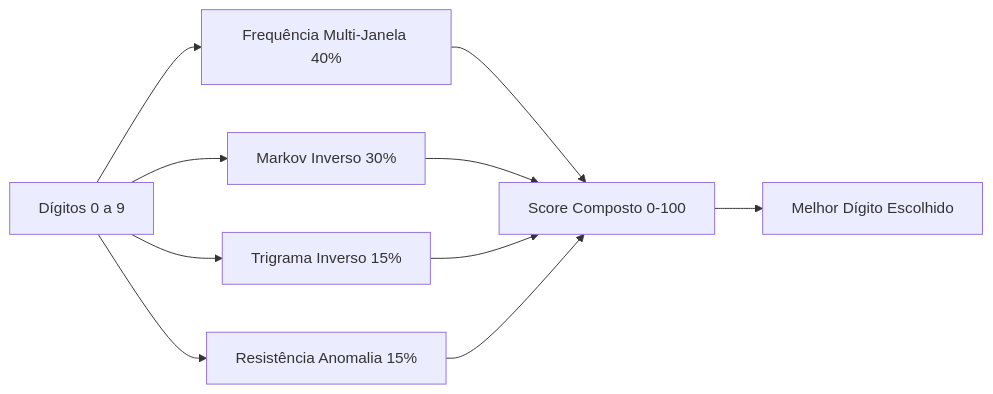
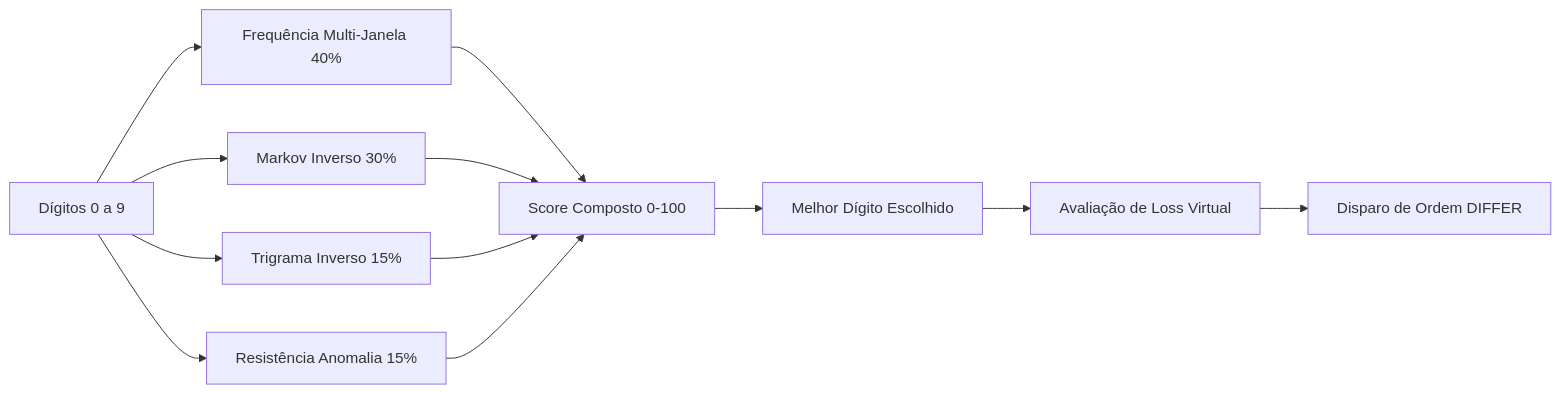
One commit to HeldrMacedo/bot-trader changed the third of 5 diagrams in docs/doc_bear_bot_ultra_2/README.md. Above: the diagram before and after it, drawn with Mermaid. The commit also changed other lines of this file, not shown here.

````diff
--- a/docs/doc_bear_bot_ultra_2/README.md
+++ b/docs/doc_bear_bot_ultra_2/README.md
@@ -252,12 +267,14 @@
 ```mermaid
 graph LR
     D[Dígitos 0 a 9] --> F[Frequência Multi-Janela 40%]
     D --> M[Markov Inverso 30%]
     D --> T[Trigrama Inverso 15%]
     D --> A[Resistência Anomalia 15%]
     F --> C[Score Composto 0-100]
     M --> C
     T --> C
     A --> C
     C --> B[Melhor Dígito Escolhido]
+    B --> VL[Avaliação de Loss Virtual]
+    VL --> O[Disparo de Ordem DIFFER]
 ```
````
